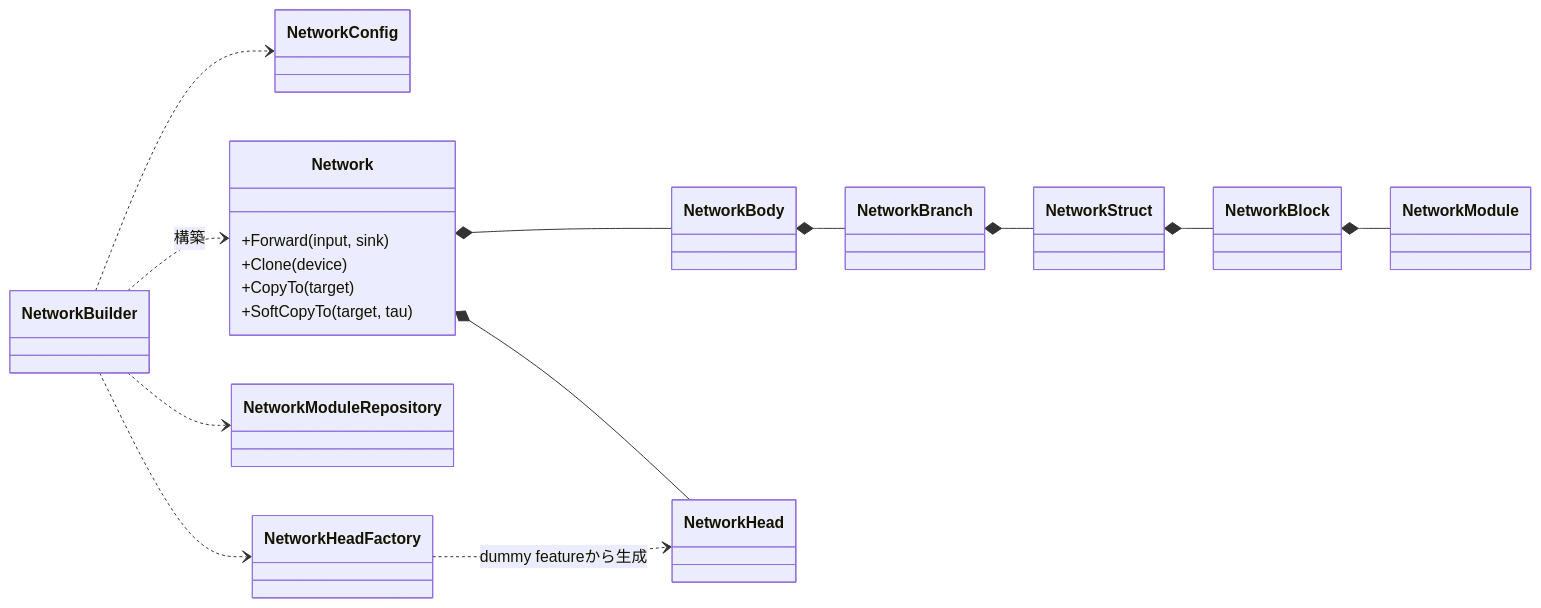
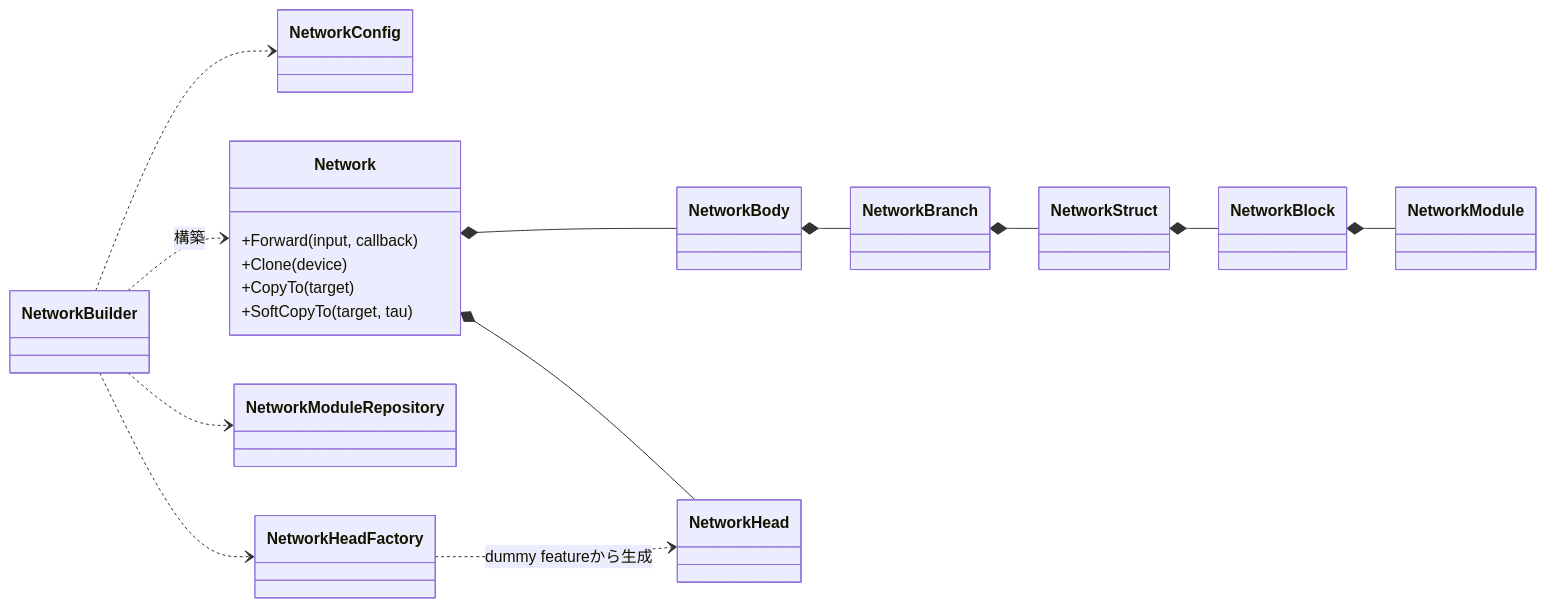
The first of 3 diagrams in docs/design/130_neural_networks.jp.md (kazukin123/anet-lab), drawn with Mermaid before and after one commit. The commit also changed other lines of this file and 11 other files, not shown here.

````diff
--- a/docs/design/130_neural_networks.jp.md
+++ b/docs/design/130_neural_networks.jp.md
@@ -132,33 +132,33 @@
 ```mermaid
 classDiagram
 direction LR
 
 class NetworkBuilder
 class NetworkConfig
 class Network {
-  +Forward(input, sink)
+  +Forward(input, callback)
   +Clone(device)
   +CopyTo(target)
   +SoftCopyTo(target, tau)
 }
 class NetworkBody
 class NetworkBranch
 class NetworkStruct
 class NetworkBlock
 class NetworkModule
 class NetworkModuleRepository
 class NetworkHead
 class NetworkHeadFactory
 
 NetworkBuilder ..> NetworkConfig
 NetworkBuilder ..> NetworkModuleRepository
 NetworkBuilder ..> NetworkHeadFactory
 NetworkBuilder ..> Network : 構築
 Network *-- NetworkBody
 Network *-- NetworkHead
 NetworkBody *-- NetworkBranch
 NetworkBranch *-- NetworkStruct
 NetworkStruct *-- NetworkBlock
 NetworkBlock *-- NetworkModule
 NetworkHeadFactory ..> NetworkHead : dummy featureから生成
 ```
````
